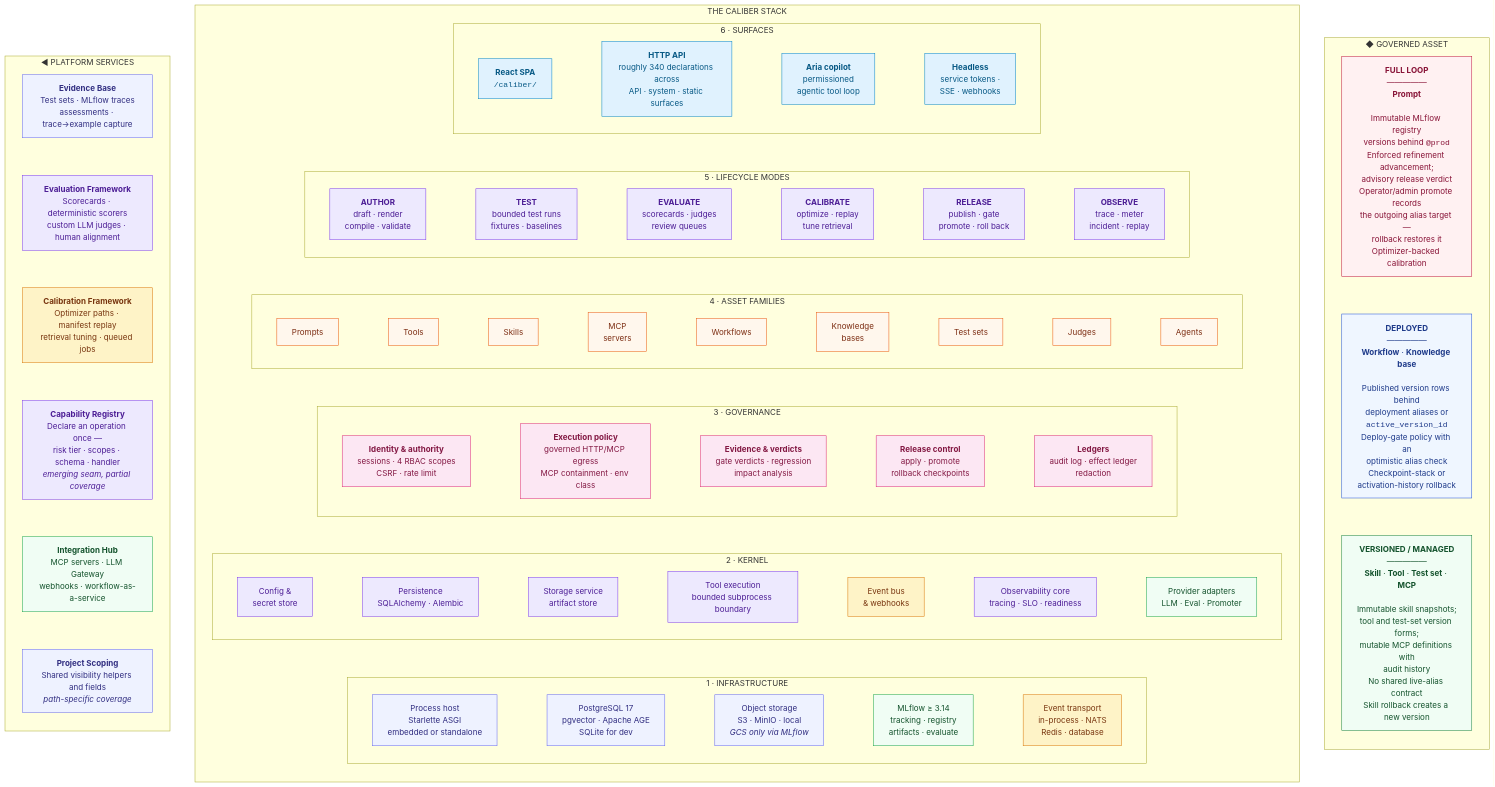
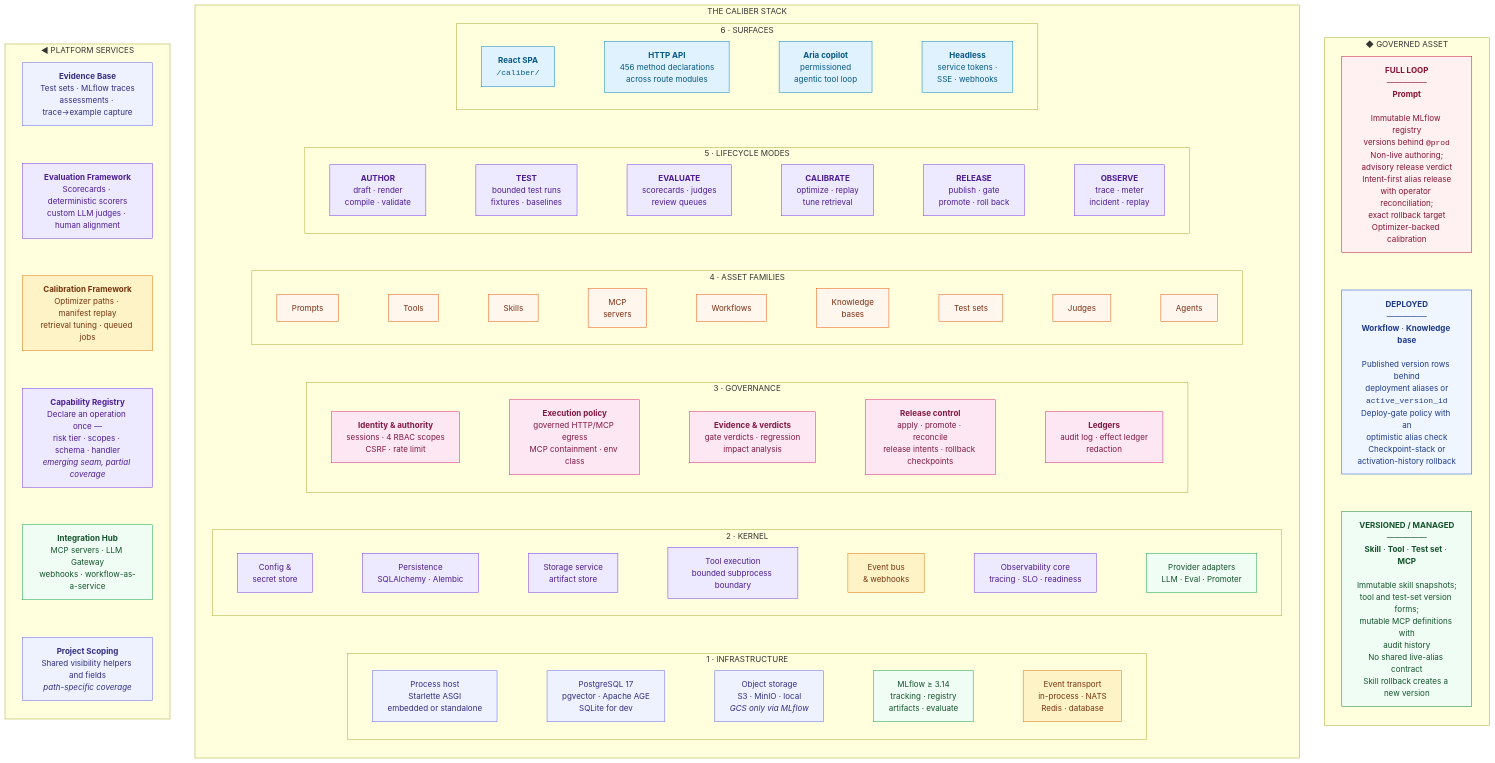
The first of 8 diagrams in ARCHITECTURE.md (rrahimi-uci/caliber-suite), drawn with Mermaid before and after one commit. The commit also changed other lines of this file and 54 other files, not shown here.

```diff
--- a/ARCHITECTURE.md
+++ b/ARCHITECTURE.md
@@ -55,7 +55,7 @@
     subgraph L6["6 · SURFACES"]
       direction LR
       s1["<b>React SPA</b><br/><code>/caliber/</code>"]:::ui
-      s2["<b>HTTP API</b><br/>roughly 340 declarations across<br/>API · system · static surfaces"]:::ui
+      s2["<b>HTTP API</b><br/>456 method declarations<br/>across route modules"]:::ui
       s3["<b>Aria copilot</b><br/>permissioned<br/>agentic tool loop"]:::ui
       s4["<b>Headless</b><br/>service tokens ·<br/>SSE · webhooks"]:::ui
       s1 --- s2 --- s3 --- s4
@@ -91,7 +91,7 @@
       g1["<b>Identity &amp; authority</b><br/>sessions · 4 RBAC scopes<br/>CSRF · rate limit"]:::gov
       g2["<b>Execution policy</b><br/>governed HTTP/MCP egress<br/>MCP containment · env class"]:::gov
       g3["<b>Evidence &amp; verdicts</b><br/>gate verdicts · regression<br/>impact analysis"]:::gov
-      g4["<b>Release control</b><br/>apply · promote<br/>rollback checkpoints"]:::gov
+      g4["<b>Release control</b><br/>apply · promote · reconcile<br/>release intents · rollback checkpoints"]:::gov
       g5["<b>Ledgers</b><br/>audit log · effect ledger<br/>redaction"]:::gov
       g1 --- g2 --- g3 --- g4 --- g5
     end
@@ -123,7 +123,7 @@
 
   subgraph GA["◆ GOVERNED ASSET"]
     direction TB
-    p1["<b>FULL LOOP</b><br/>―――――<br/><b>Prompt</b><br/><br/>Immutable MLflow registry<br/>versions behind <code>@prod</code><br/>Enforced refinement advancement;<br/>advisory release verdict<br/>Operator/admin promote records<br/>the outgoing alias target —<br/>rollback restores it<br/>Optimizer-backed calibration"]:::t1
+    p1["<b>FULL LOOP</b><br/>―――――<br/><b>Prompt</b><br/><br/>Immutable MLflow registry<br/>versions behind <code>@prod</code><br/>Non-live authoring;<br/>advisory release verdict<br/>Intent-first alias release<br/>with operator reconciliation;<br/>exact rollback target<br/>Optimizer-backed calibration"]:::t1
     p2["<b>DEPLOYED</b><br/>―――――<br/><b>Workflow</b> · <b>Knowledge base</b><br/><br/>Published version rows behind<br/>deployment aliases or<br/><code>active_version_id</code><br/>Deploy-gate policy with an<br/>optimistic alias check<br/>Checkpoint-stack or<br/>activation-history rollback"]:::t2
     p3["<b>VERSIONED / MANAGED</b><br/>―――――<br/><b>Skill</b> · <b>Tool</b> · <b>Test set</b> · <b>MCP</b><br/><br/>Immutable skill snapshots;<br/>tool and test-set version forms;<br/>mutable MCP definitions with<br/>audit history<br/>No shared live-alias contract<br/>Skill rollback creates a new version"]:::t3
     p1 --- p2 --- p3
```
